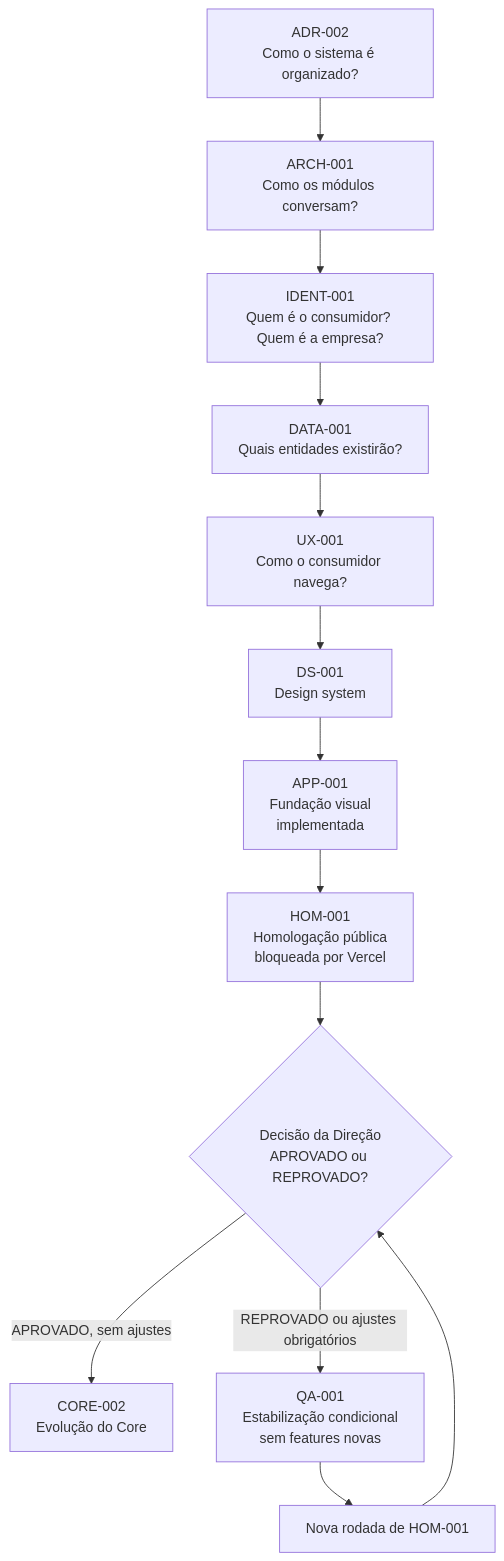
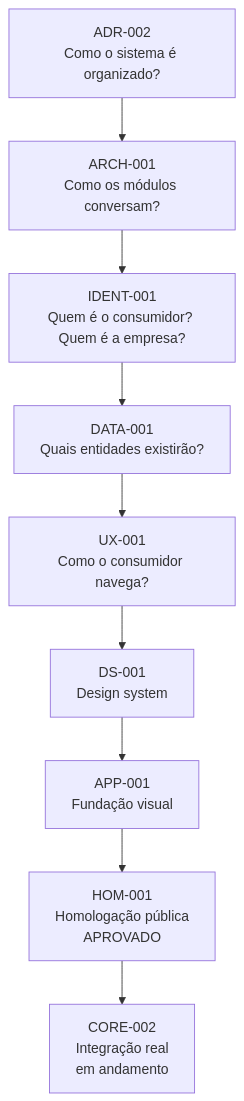
Before and after one commit to BrightEcosystem/Bright-Platform: the diagram in PROJECT-ROADMAP.md, drawn with Mermaid. The commit also changed other lines of this file and 2 other files, not shown here.

First line of the commit message:
docs: fecha gate de HOM-001 (APROVADO), QA-001 nao executada, libera CORE-002

````diff
--- a/PROJECT-ROADMAP.md
+++ b/PROJECT-ROADMAP.md
@@ -34,15 +33,11 @@
 ```mermaid
 graph TD
     ADR002[ADR-002<br/>Como o sistema é organizado?] --> ARCH001[ARCH-001<br/>Como os módulos conversam?]
     ARCH001 --> IDENT001[IDENT-001<br/>Quem é o consumidor? Quem é a empresa?]
     IDENT001 --> DATA001[DATA-001<br/>Quais entidades existirão?]
     DATA001 --> UX001[UX-001<br/>Como o consumidor navega?]
     UX001 --> DS001[DS-001<br/>Design system]
-    DS001 --> APP001[APP-001<br/>Fundação visual<br/>implementada]
-    APP001 --> HOM001[HOM-001<br/>Homologação pública<br/>bloqueada por Vercel]
-    HOM001 --> GATE{Decisão da Direção<br/>APROVADO ou REPROVADO?}
-    GATE -->|APROVADO, sem ajustes| CORE002[CORE-002<br/>Evolução do Core]
-    GATE -->|REPROVADO ou ajustes obrigatórios| QA001[QA-001<br/>Estabilização condicional<br/>sem features novas]
-    QA001 --> HOM001B[Nova rodada de HOM-001]
-    HOM001B --> GATE
+    DS001 --> APP001[APP-001<br/>Fundação visual]
+    APP001 --> HOM001[HOM-001<br/>Homologação pública<br/>APROVADO]
+    HOM001 --> CORE002[CORE-002<br/>Integração real<br/>em andamento]
 ```
````
